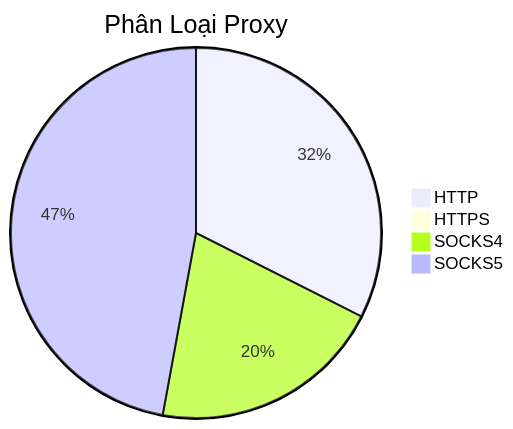
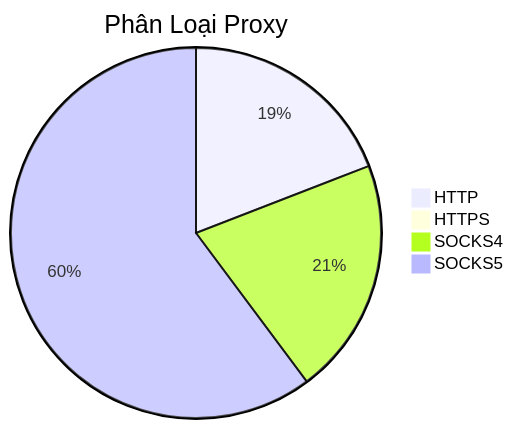
One commit to Ciara-12/PROXY-free changed the diagram in README.md. Above: the diagram before and after it, drawn with Mermaid. The commit also changed other lines of this file and 4 other files, not shown here.

````diff
--- a/README.md
+++ b/README.md
@@ -26,7 +26,7 @@
 ```mermaid
 pie title Phân Loại Proxy
-    "HTTP" : 422
-    "HTTPS" : 2
-    "SOCKS4" : 266
-    "SOCKS5" : 613
+    "HTTP" : 330
+    "HTTPS" : 1
+    "SOCKS4" : 357
+    "SOCKS5" : 1039
 ```
````
